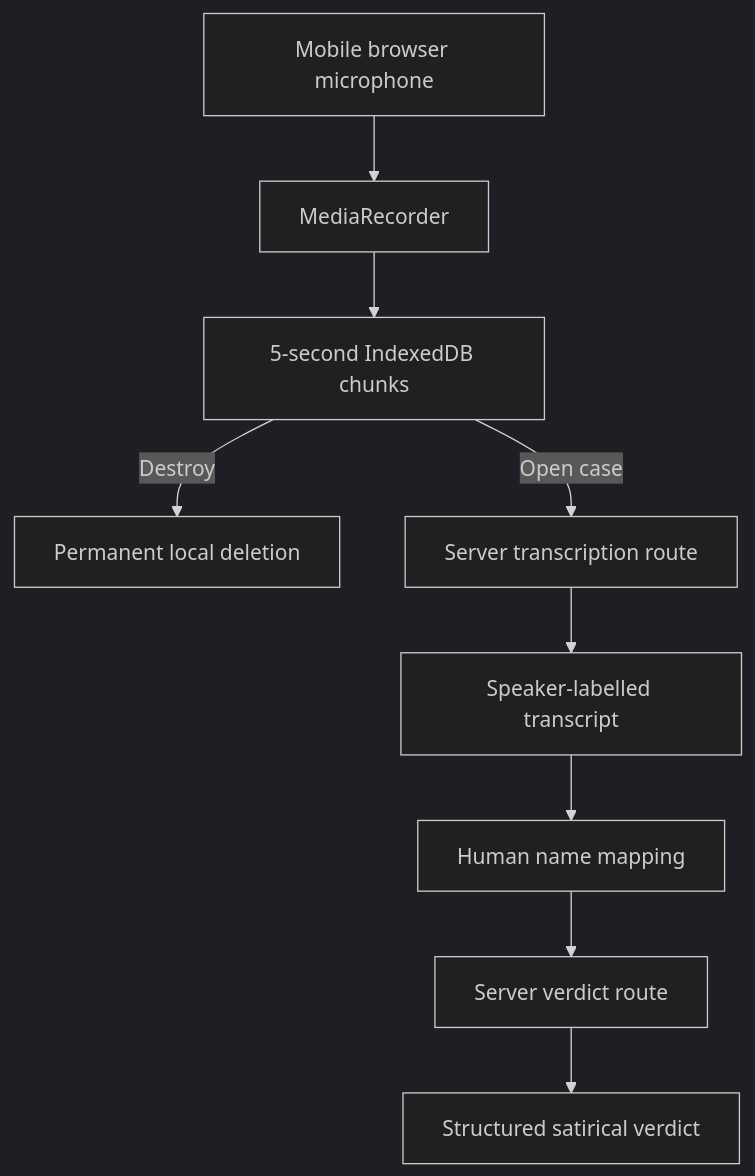
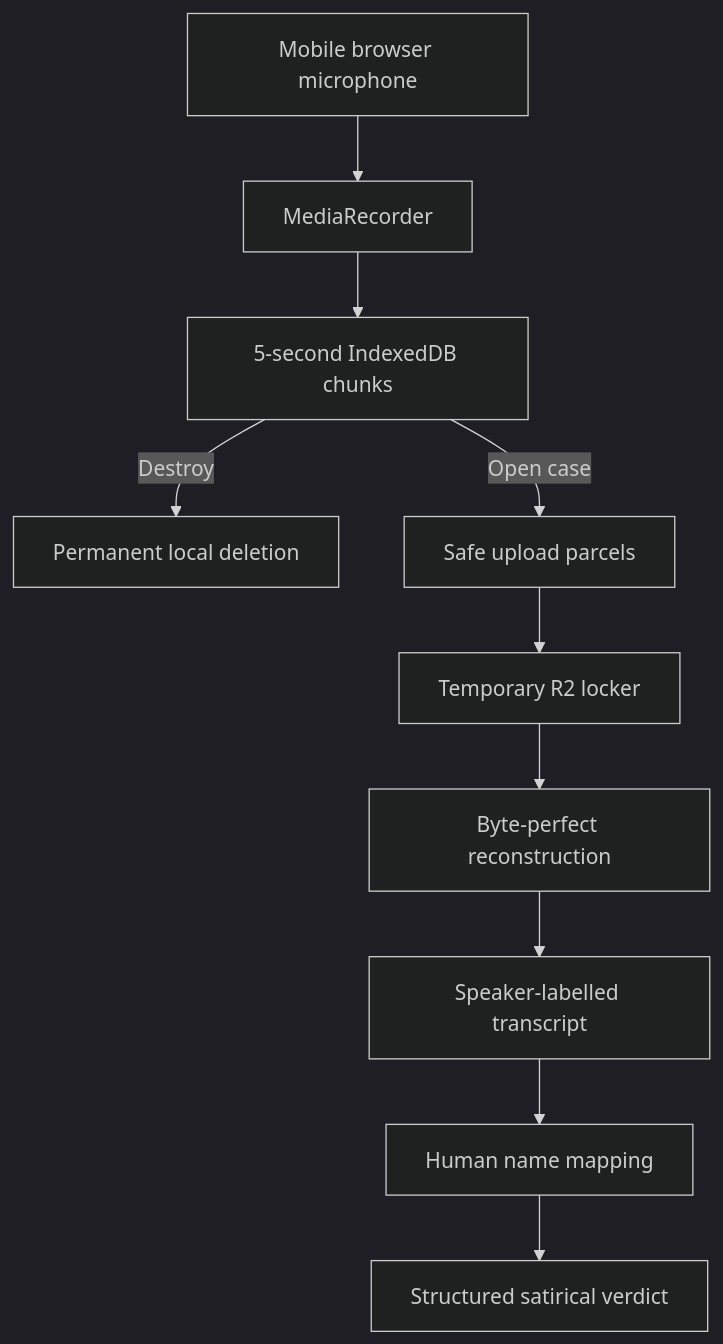
Before and after one commit to billyfreezer/Gaslighting: the diagram in ARCHITECTURE.md, drawn with Mermaid (dark theme). The commit also changed other lines of this file and 19 other files, not shown here.

````diff
--- a/ARCHITECTURE.md
+++ b/ARCHITECTURE.md
@@ -27,11 +32,12 @@
 ```mermaid
 flowchart TD
     A[Mobile browser microphone] --> B[MediaRecorder]
     B --> C[5-second IndexedDB chunks]
     C -->|Destroy| D[Permanent local deletion]
-    C -->|Open case| E[Server transcription route]
-    E --> F[Speaker-labelled transcript]
-    F --> G[Human name mapping]
-    G --> H[Server verdict route]
-    H --> I[Structured satirical verdict]
+    C -->|Open case| E[Safe upload parcels]
+    E --> F[Temporary R2 locker]
+    F --> G[Byte-perfect reconstruction]
+    G --> H[Speaker-labelled transcript]
+    H --> I[Human name mapping]
+    I --> J[Structured satirical verdict]
 ```
````
